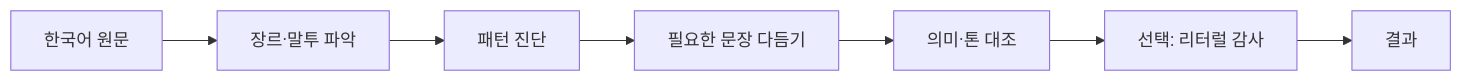
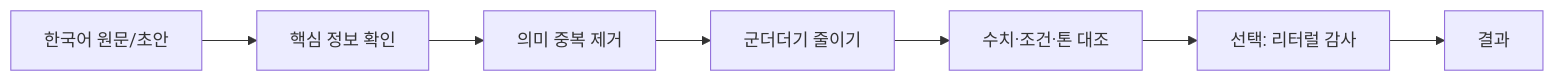
Before and after one commit to Jaeho211/humanizer-kr: the diagram in README.md, drawn with Mermaid. The commit also changed other lines of this file and 5 other files, not shown here.

````diff
--- a/README.md
+++ b/README.md
@@ -45,9 +53,9 @@
 ```mermaid
 flowchart LR
- A[한국어 원문] --> B[장르·말투 파악]
- B --> C[패턴 진단]
- C --> D[필요한 문장 다듬기]
- D --> E[의미·톤 대조]
+ A[한국어 원문/초안] --> B[핵심 정보 확인]
+ B --> C[의미 중복 제거]
+ C --> D[군더더기 줄이기]
+ D --> E[수치·조건·톤 대조]
  E --> F[선택: 리터럴 감사]
  F --> G[결과]
 ```
````
